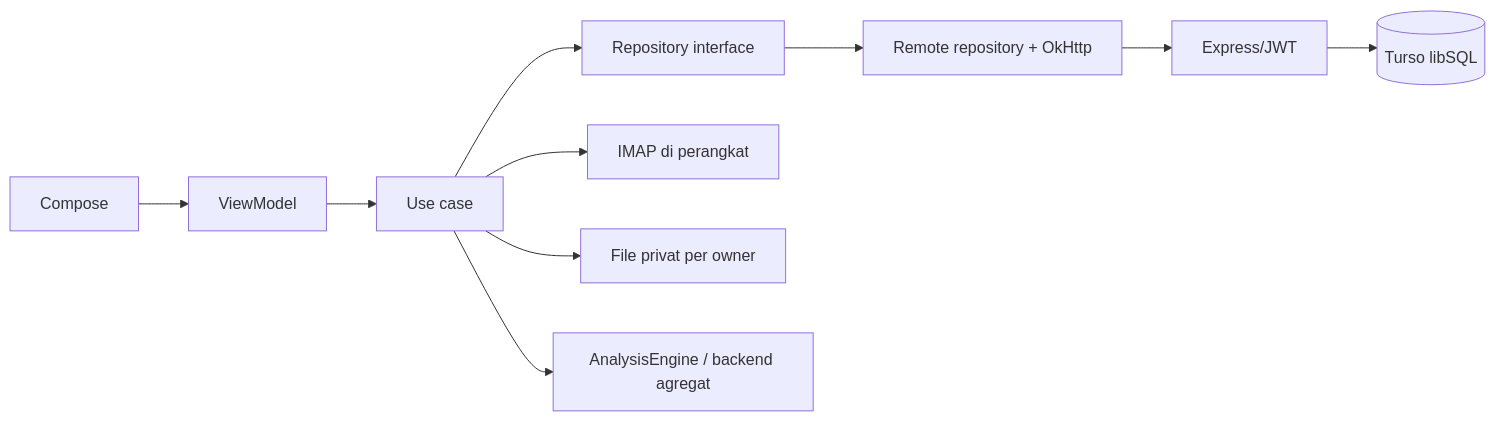
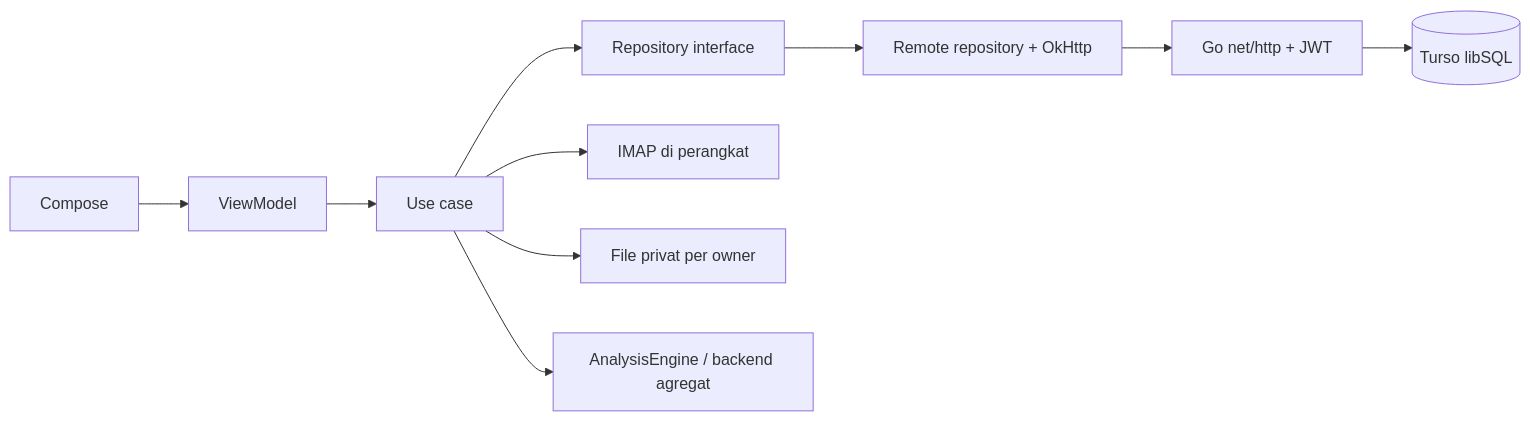
Before and after one commit to NDI05/0037_FinancialMobile: the diagram in docs/03_ARCHITECTURE.md, drawn with Mermaid. The commit also changed other lines of this file and 8 other files, not shown here.

````diff
--- a/docs/03_ARCHITECTURE.md
+++ b/docs/03_ARCHITECTURE.md
@@ -26,12 +29,12 @@
 ```mermaid
 flowchart LR
   Compose --> VM[ViewModel]
   VM --> UC[Use case]
   UC --> Repo[Repository interface]
   Repo --> Remote[Remote repository + OkHttp]
-  Remote --> API[Express/JWT]
+  Remote --> API[Go net/http + JWT]
   API --> DB[(Turso libSQL)]
   UC --> IMAP[IMAP di perangkat]
   UC --> Files[File privat per owner]
   UC --> AI[AnalysisEngine / backend agregat]
 ```
````
